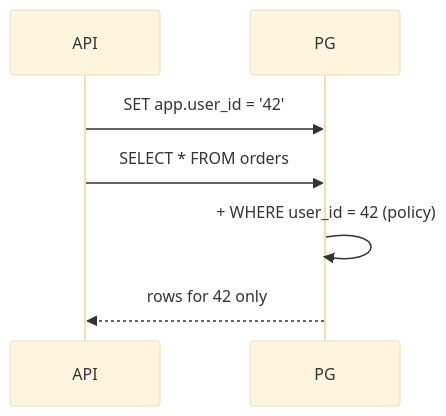
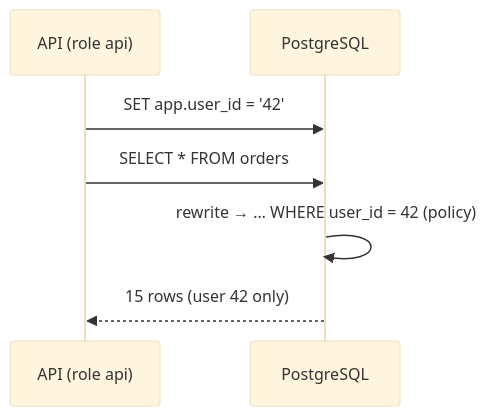
One commit to wesamkhateeb98-creator/postgresql-zero-to-hero changed the second of 2 diagrams in Doc/08-ops-scaling/01-roles-rls.md. Above: the diagram before and after it, drawn with Mermaid (base theme). The commit also changed other lines of this file and 29 other files, not shown here.

````diff
--- a/Doc/08-ops-scaling/01-roles-rls.md
+++ b/Doc/08-ops-scaling/01-roles-rls.md
@@ -40,9 +79,9 @@
 ```mermaid
 sequenceDiagram
-    participant API
-    participant PG
+    participant API as API (role api)
+    participant PG as PostgreSQL
     API->>PG: SET app.user_id = '42'
     API->>PG: SELECT * FROM orders
-    PG->>PG: + WHERE user_id = 42 (policy)
-    PG-->>API: rows for 42 only
+    PG->>PG: rewrite → … WHERE user_id = 42 (policy)
+    PG-->>API: 15 rows (user 42 only)
 ```
````
